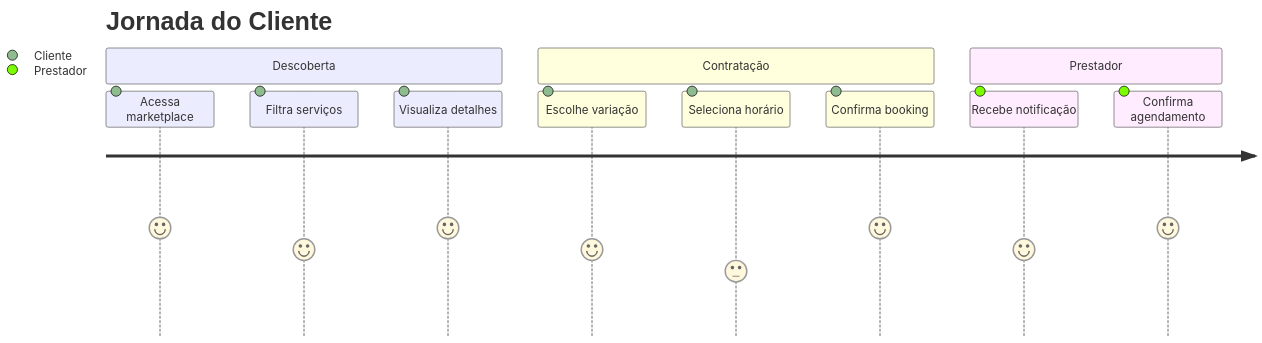
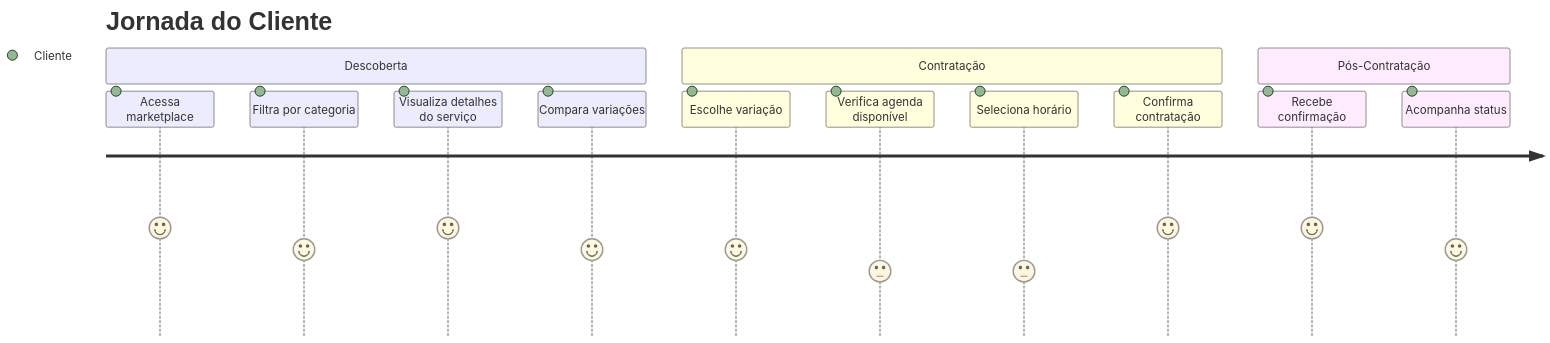
The fourth of 6 diagrams in README.md (JVitorbs/mini-marketplace-services), drawn with Mermaid before and after one commit. The commit also changed other lines of this file, not shown here.

````diff
--- a/README.md
+++ b/README.md
@@ -92,15 +207,17 @@
 ```mermaid
 journey
     title Jornada do Cliente
     section Descoberta
       Acessa marketplace: 5: Cliente
-      Filtra serviços: 4: Cliente
-      Visualiza detalhes: 5: Cliente
+      Filtra por categoria: 4: Cliente
+      Visualiza detalhes do serviço: 5: Cliente
+      Compara variações: 4: Cliente
     section Contratação
       Escolhe variação: 4: Cliente
+      Verifica agenda disponível: 3: Cliente
       Seleciona horário: 3: Cliente
-      Confirma booking: 5: Cliente
-    section Prestador
-      Recebe notificação: 4: Prestador
-      Confirma agendamento: 5: Prestador
+      Confirma contratação: 5: Cliente
+    section Pós-Contratação
+      Recebe confirmação: 5: Cliente
+      Acompanha status: 4: Cliente
 ```
````
